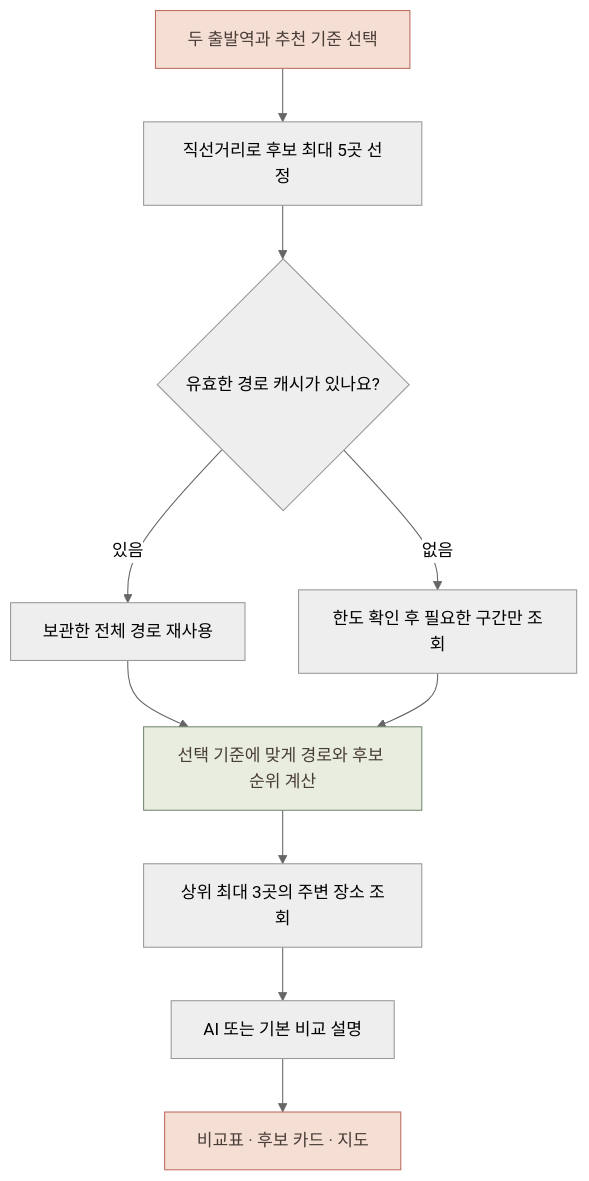
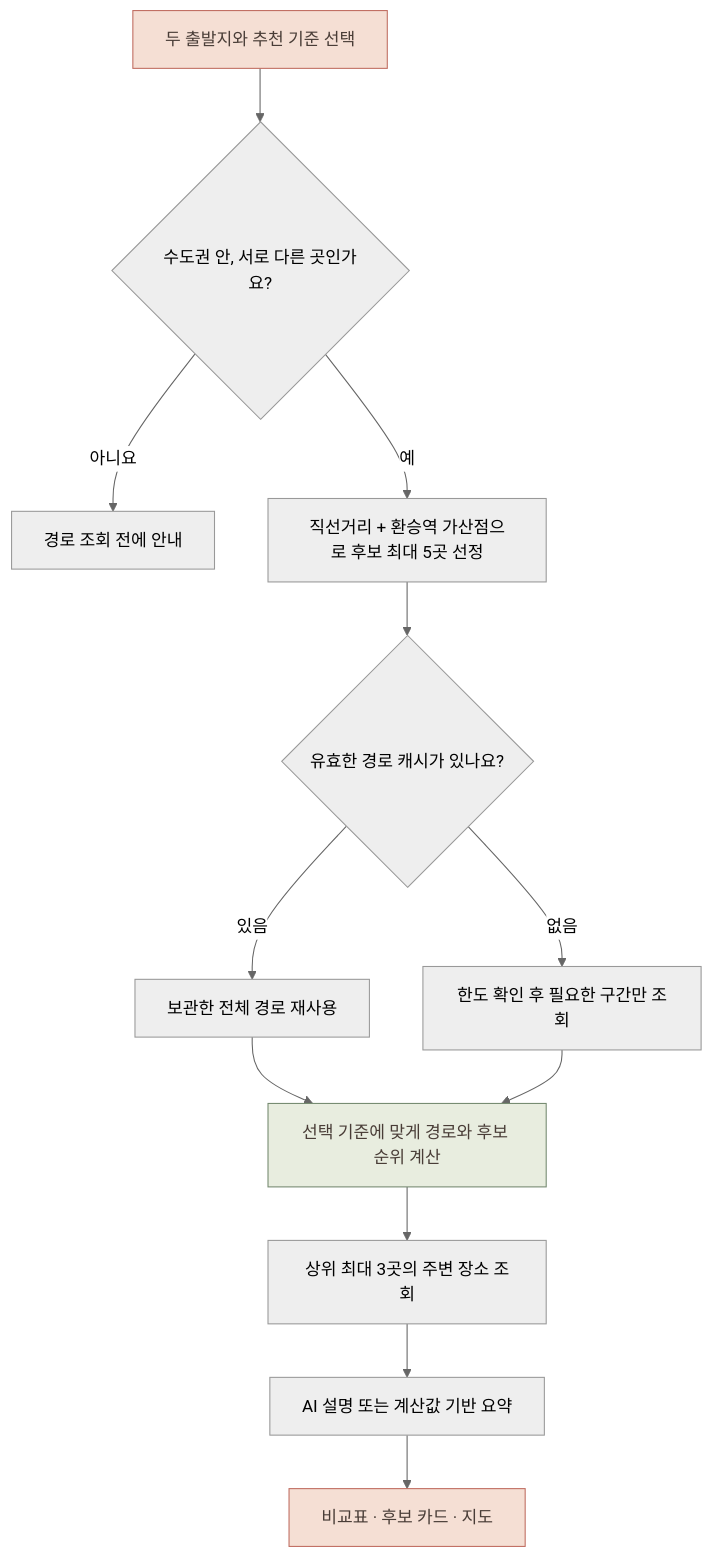
Before and after one commit to jjuny0326/meet-in-between: the diagram in README.md, drawn with Mermaid (neutral theme). The commit also changed other lines of this file and 2 other files, not shown here.

````diff
--- a/README.md
+++ b/README.md
@@ -115,15 +117,17 @@
 ```mermaid
 flowchart TD
-    A[두 출발역과 추천 기준 선택] --> B[직선거리로 후보 최대 5곳 선정]
+    A[두 출발지와 추천 기준 선택] --> V{수도권 안, 서로 다른 곳인가요?}
+    V -->|아니요| X[경로 조회 전에 안내]
+    V -->|예| B[직선거리 + 환승역 가산점으로 후보 최대 5곳 선정]
     B --> C{유효한 경로 캐시가 있나요?}
     C -->|있음| D[보관한 전체 경로 재사용]
     C -->|없음| E[한도 확인 후 필요한 구간만 조회]
     D --> F[선택 기준에 맞게 경로와 후보 순위 계산]
     E --> F
     F --> G[상위 최대 3곳의 주변 장소 조회]
-    G --> H[AI 또는 기본 비교 설명]
+    G --> H[AI 설명 또는 계산값 기반 요약]
     H --> I[비교표 · 후보 카드 · 지도]
     style A fill:#f5dfd4,stroke:#bf6c60,color:#493d37
     style F fill:#e8eddf,stroke:#758a70,color:#493d37
     style I fill:#f5dfd4,stroke:#bf6c60,color:#493d37
 ```
````
